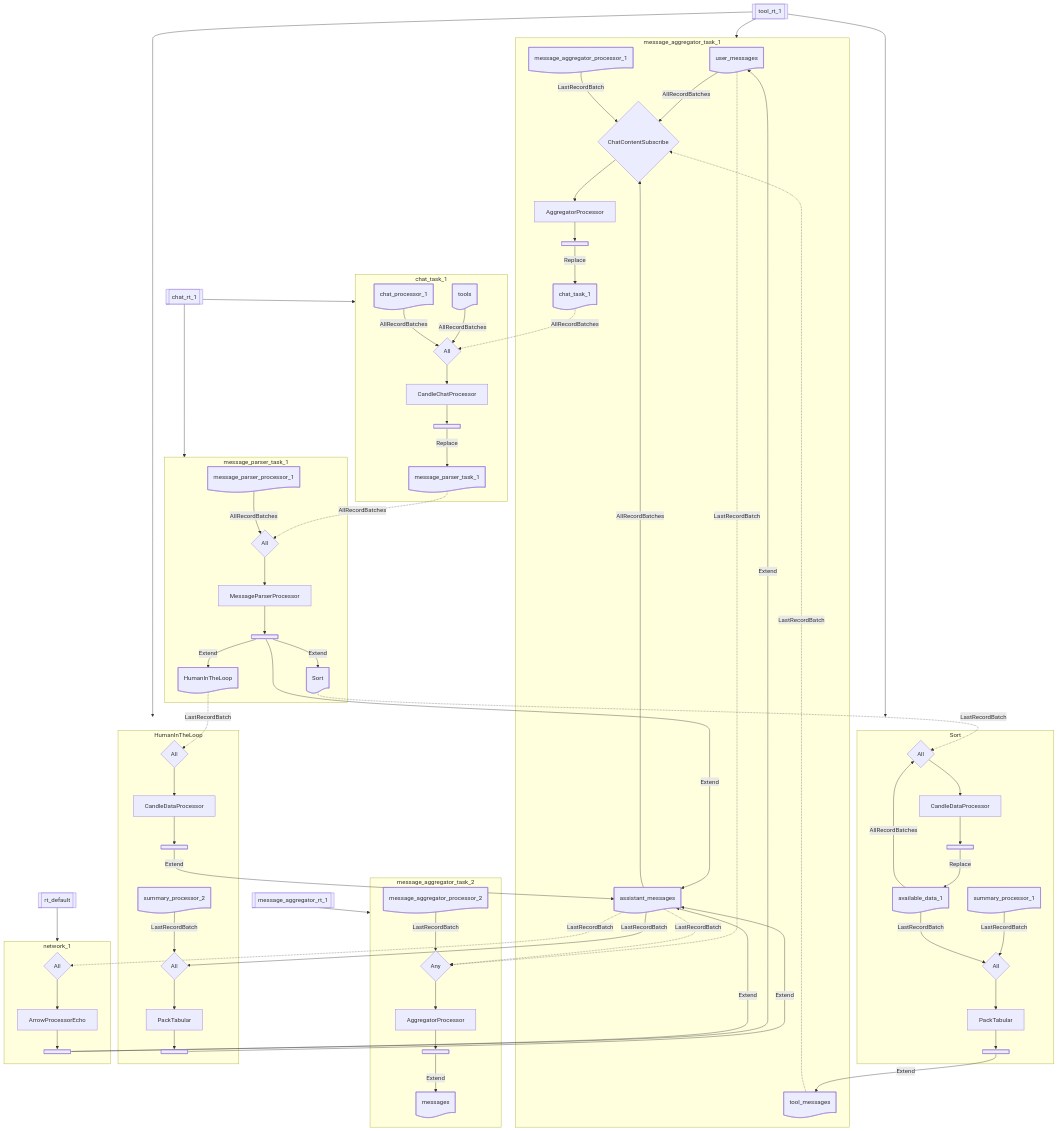
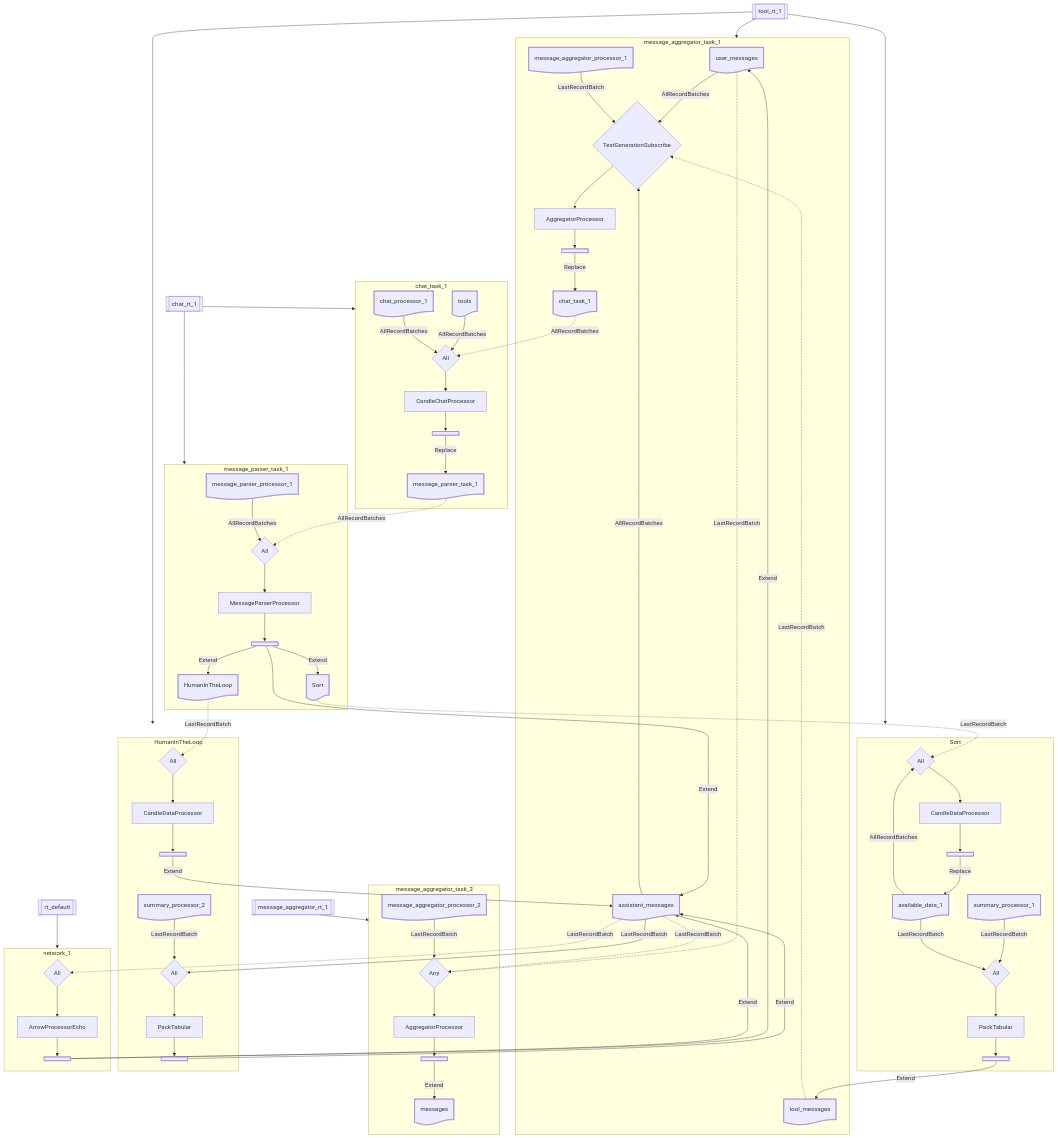
One commit to biom8er/phymes changed the second of 2 diagrams in phymes-book/src/phymes-network/tool_agent.md. Above: the diagram before and after it, drawn with Mermaid. The commit also changed 4 other files, not shown here.

Commit message:
wip: text retrieval subscribe event

```diff
--- a/phymes-book/src/phymes-network/tool_agent.md
+++ b/phymes-book/src/phymes-network/tool_agent.md
@@ -134,7 +134,7 @@
 	HumanInTheLoop-subscribe@{shape: diamond, label: All}
 	Sort-subscribe@{shape: diamond, label: All}
 	chat_processor_1-subscribe@{shape: diamond, label: All}
-	message_aggregator_processor_1-subscribe@{shape: diamond, label: ChatContentSubscribe}
+	message_aggregator_processor_1-subscribe@{shape: diamond, label: TextGenerationSubscribe}
 	message_aggregator_processor_2-subscribe@{shape: diamond, label: Any}
 	message_parser_processor_1-subscribe@{shape: diamond, label: All}
 	network_1-subscribe@{shape: diamond, label: All}
```
